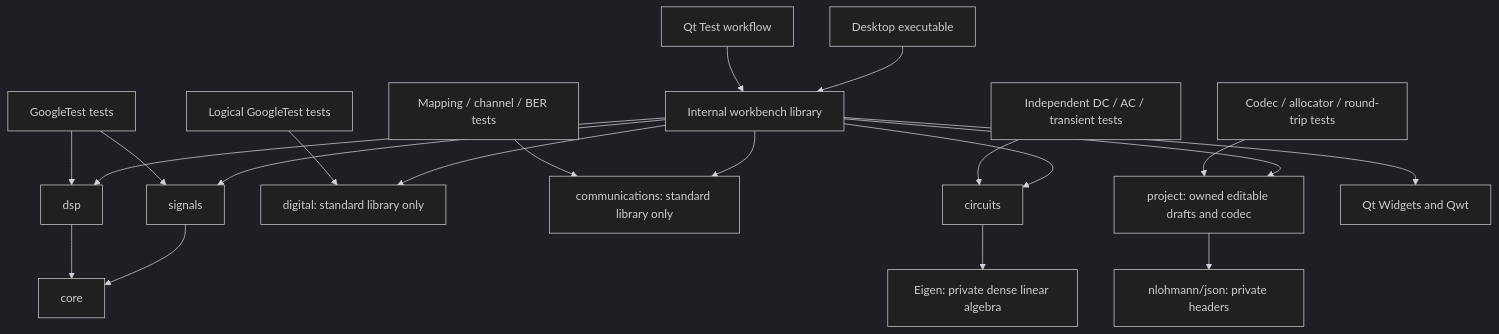
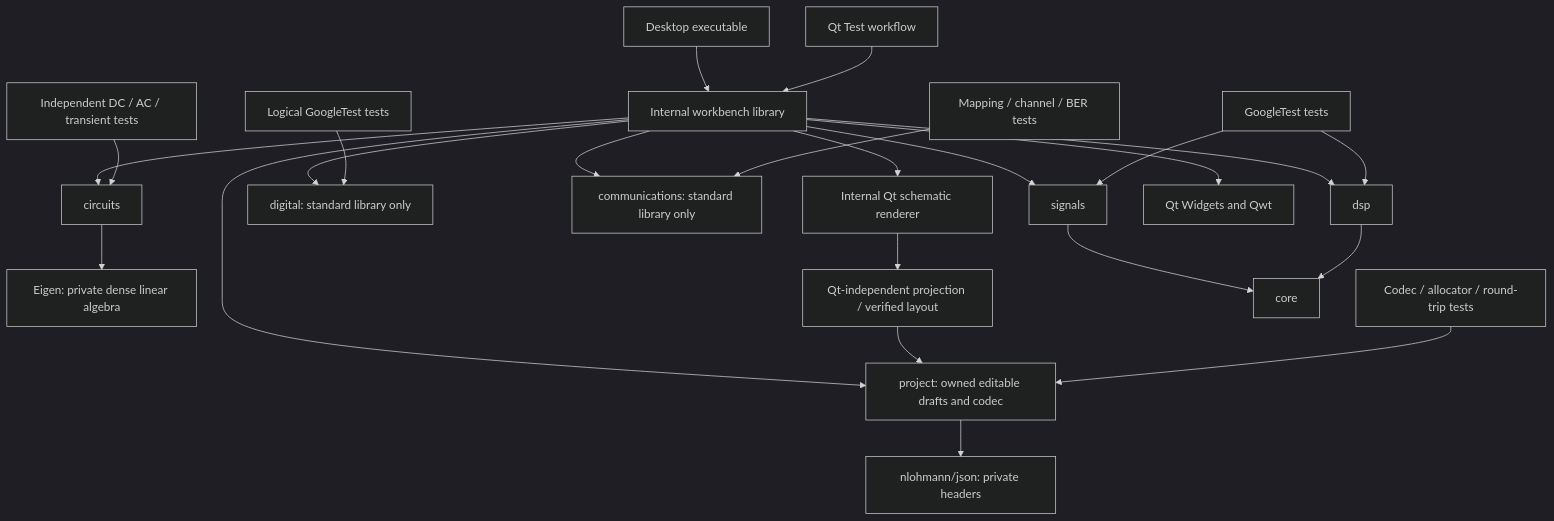
The diagram in docs/architecture.md (codyklein/open-ece), drawn with Mermaid (dark theme) before and after one commit. The commit also changed other lines of this file and 25 other files, not shown here.

````diff
--- a/docs/architecture.md
+++ b/docs/architecture.md
@@ -5,22 +5,25 @@
 ```mermaid
 flowchart TD
     App[Desktop executable] --> UI[Internal workbench library]
     UI --> Signals[signals]
     UI --> DSP[dsp]
     UI --> Digital[digital: standard library only]
     DigitalTests[Logical GoogleTest tests] --> Digital
     UI --> Communications[communications: standard library only]
     CommunicationsTests[Mapping / channel / BER tests] --> Communications
     UI --> Circuits[circuits]
     Circuits --> Eigen[Eigen: private dense linear algebra]
     CircuitTests[Independent DC / AC / transient tests] --> Circuits
     UI --> Project[project: owned editable drafts and codec]
+    UI --> Viewer[Internal Qt schematic renderer]
+    Viewer --> Schematic[Qt-independent projection / verified layout]
+    Schematic --> Project
     Project --> JSON[nlohmann/json: private headers]
     ProjectTests[Codec / allocator / round-trip tests] --> Project
     UI --> Qt[Qt Widgets and Qwt]
     Signals --> Core[core]
     DSP --> Core
     NumericalTests[GoogleTest tests] --> Signals
     NumericalTests --> DSP
     GuiTests[Qt Test workflow] --> UI
 ```
````
